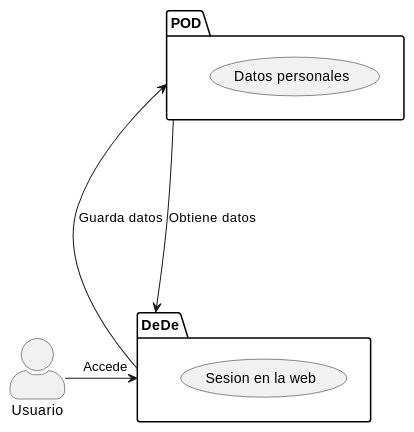
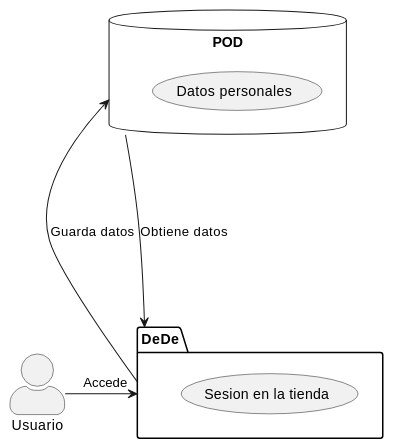
One commit to Arquisoft/dede_es1c changed the first of 2 diagrams in docs/03_system_scope_and_context.adoc. Above: the diagram before and after it, drawn with PlantUML. The commit also changed other lines of this file and 1 other file, not shown here.

```diff
--- a/docs/03_system_scope_and_context.adoc
+++ b/docs/03_system_scope_and_context.adoc
@@ -10,15 +10,15 @@
 [plantuml,"Diagrama conexto emp",png]
 ----
 @startuml
 skinparam actorstyle awesome
 actor Usuario
 package DeDe{ 
-    usecase "Sesion en la web" as Sesion
+    usecase "Sesion en la tienda" as Sesion
 }
-package POD {
-   usecase "Datos personales" as Datos
+database POD {
+    usecase "Datos personales"
 }
 Usuario -right--> DeDe : Accede
 DeDe -up-> POD : Guarda datos
 POD -down---> DeDe : Obtiene datos
 ----
```
